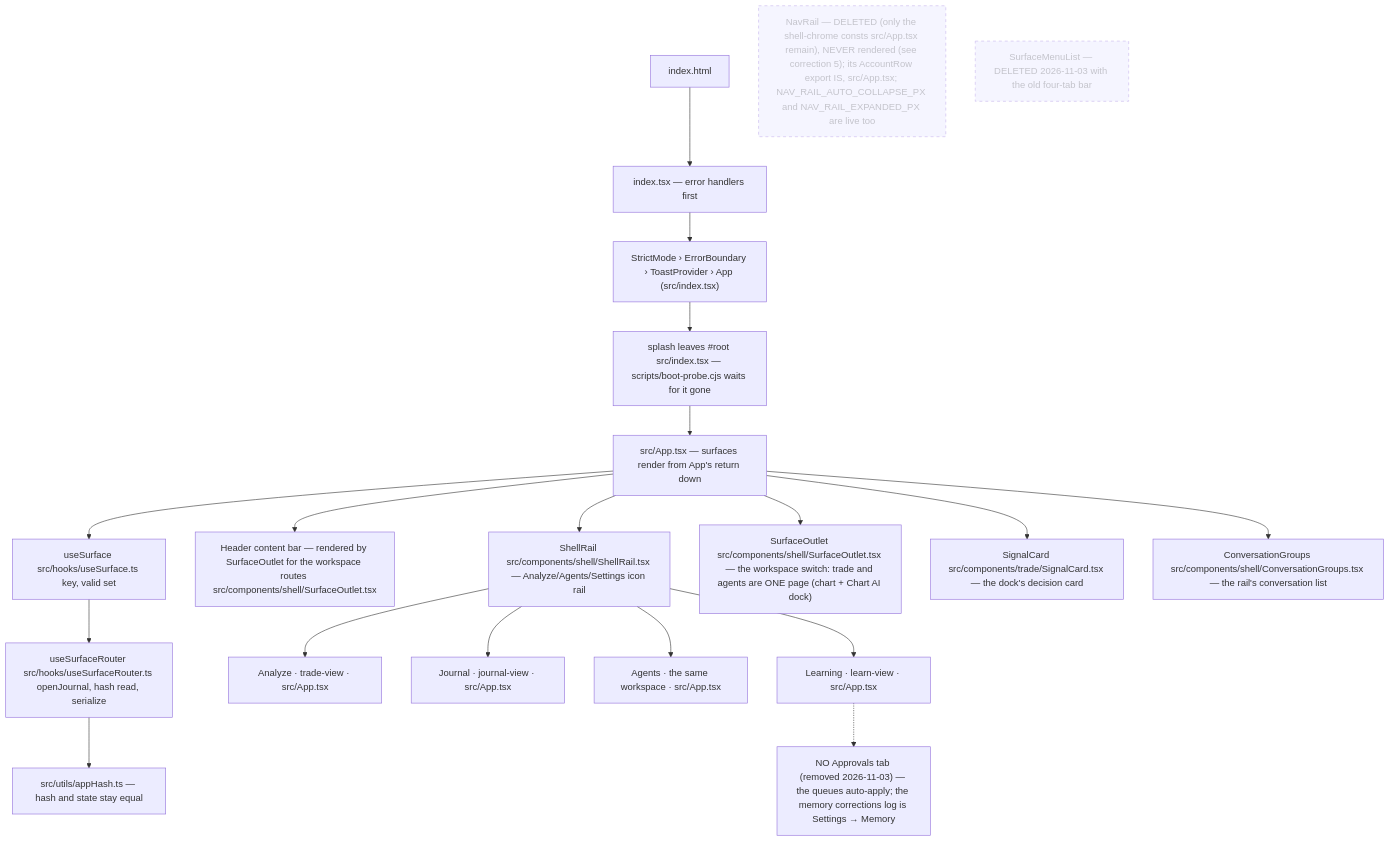
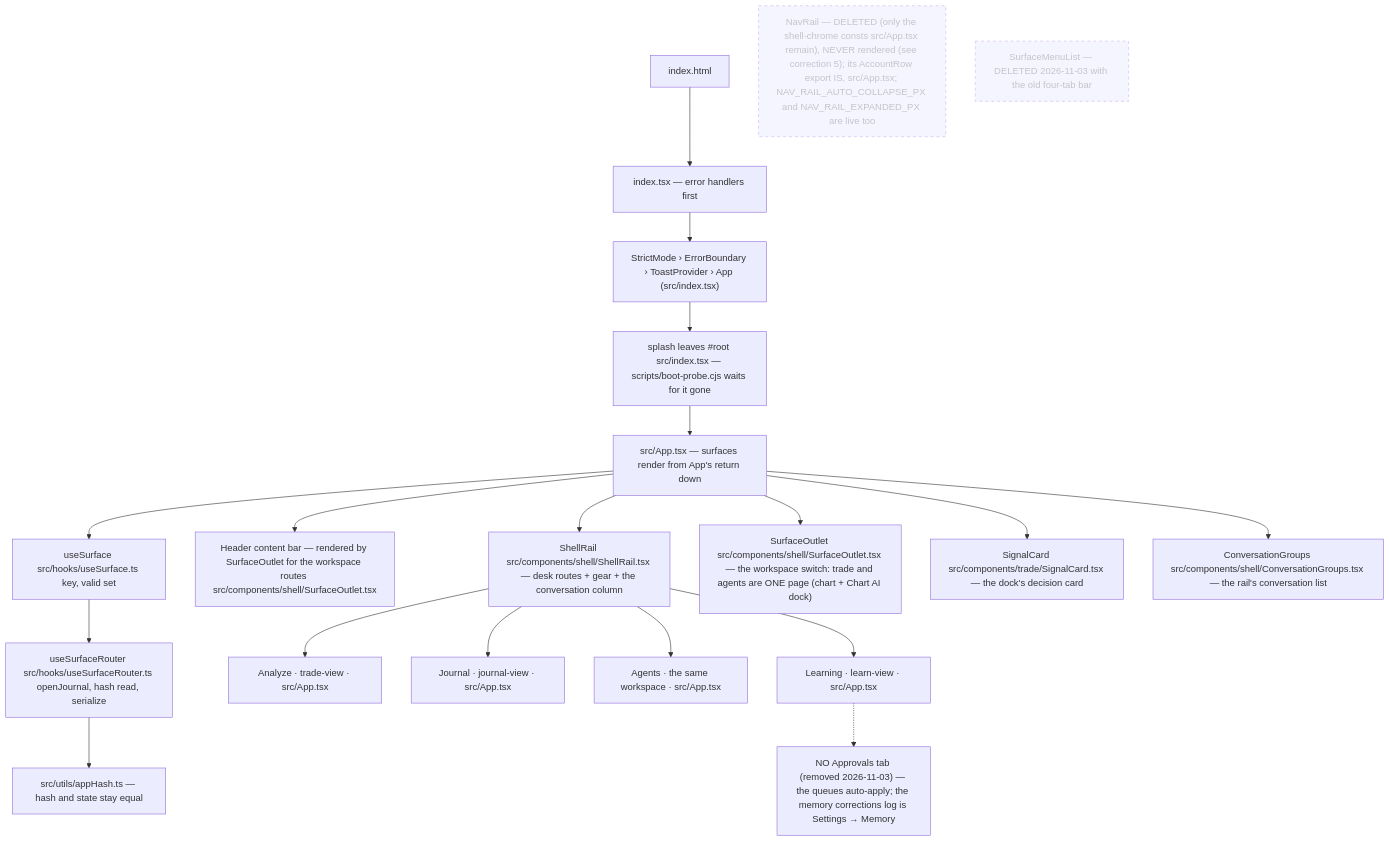
The first of 8 diagrams in docs/architecture/system-map.md (KILLER3UG/augustTrading), drawn with Mermaid before and after one commit. The commit also changed other lines of this file and 4 other files, not shown here.

First line of the commit message:
feat(rail): the shell rail is one column on every surface (P2 rail rebuild)

````diff
--- a/docs/architecture/system-map.md
+++ b/docs/architecture/system-map.md
@@ -19,23 +19,23 @@
 ```mermaid
 flowchart TD
     H["index.html"] --> I["index.tsx — error handlers first"]
     I --> S["StrictMode › ErrorBoundary › ToastProvider › App (src/index.tsx)"]
     S --> SP["splash leaves #root src/index.tsx — scripts/boot-probe.cjs waits for it gone"]
     SP --> APP["src/App.tsx — surfaces render from App's return down"]
     APP --> US["useSurface src/hooks/useSurface.ts key, valid set"]
     US --> UR["useSurfaceRouter src/hooks/useSurfaceRouter.ts openJournal, hash read, serialize"]
     UR --> HASH["src/utils/appHash.ts — hash and state stay equal"]
     APP --> HD["Header content bar — rendered by SurfaceOutlet for the workspace routes src/components/shell/SurfaceOutlet.tsx"]
-    APP --> SR["ShellRail src/components/shell/ShellRail.tsx — Analyze/Agents/Settings icon rail"]
+    APP --> SR["ShellRail src/components/shell/ShellRail.tsx — desk routes + gear + the conversation column"]
     APP --> SO["SurfaceOutlet src/components/shell/SurfaceOutlet.tsx — the workspace switch: trade and agents are ONE page (chart + Chart AI dock)"]
     APP --> SG["SignalCard src/components/trade/SignalCard.tsx — the dock's decision card"]
     APP --> CG["ConversationGroups src/components/shell/ConversationGroups.tsx — the rail's conversation list"]
     SR --> T["Analyze · trade-view · src/App.tsx"]
     SR --> J["Journal · journal-view · src/App.tsx"]
     SR --> C["Agents · the same workspace · src/App.tsx"]
     SR --> K["Learning · learn-view · src/App.tsx"]
     K -.-> AP["NO Approvals tab (removed 2026-11-03) — the queues auto-apply; the memory corrections log is Settings → Memory"]
     NR["NavRail — DELETED (only the shell-chrome consts src/App.tsx remain), NEVER rendered (see correction 5); its AccountRow export IS, src/App.tsx; NAV_RAIL_AUTO_COLLAPSE_PX and NAV_RAIL_EXPANDED_PX are live too"]:::dead
     SM["SurfaceMenuList — DELETED 2026-11-03 with the old four-tab bar"]:::dead
     classDef dead stroke-dasharray: 5 5,opacity:.5
 ```
````
